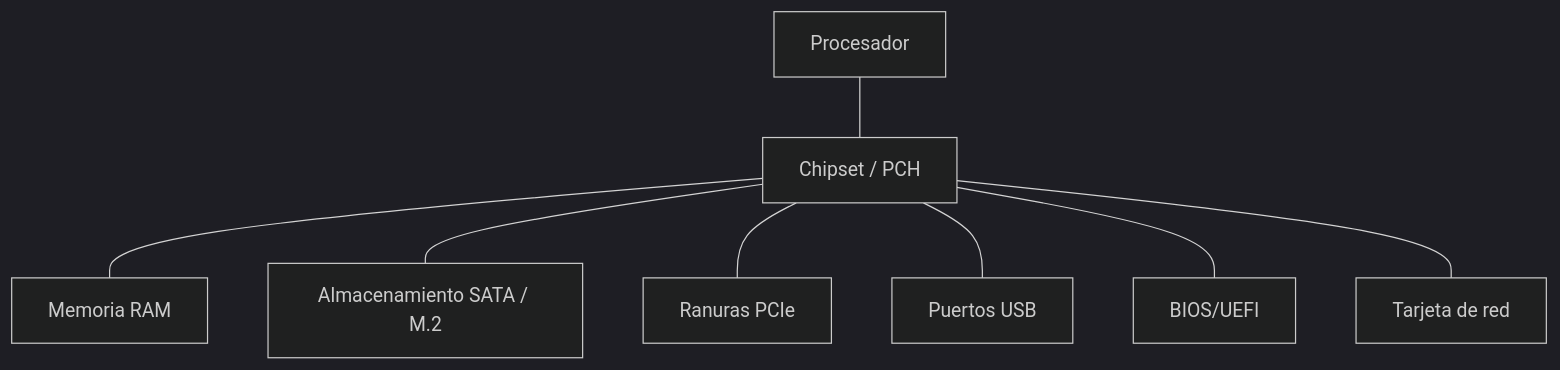
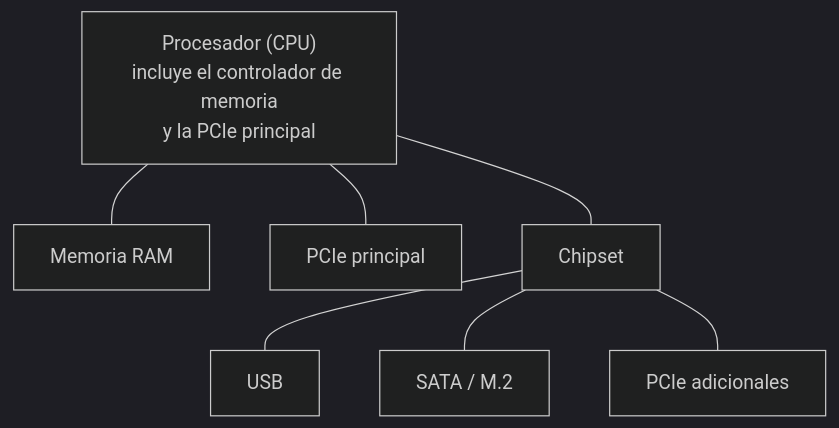
The third of 4 diagrams in docs/ut1.md (angelabserrano/sistemas-informaticos), drawn with Mermaid (dark theme) before and after one commit. The commit also changed other lines of this file and 4 other files, not shown here.

````diff
--- a/docs/ut1.md
+++ b/docs/ut1.md
@@ -401,10 +419,9 @@
-```mermaid
-graph TD
-    CPU[Procesador] --- Chipset[Chipset / PCH]
-    Chipset --- RAM[Memoria RAM]
-    Chipset --- Storage[Almacenamiento SATA / M.2]
-    Chipset --- PCIe[Ranuras PCIe]
-    Chipset --- USB[Puertos USB]
-    Chipset --- BIOS[BIOS/UEFI]
-    Chipset --- Red[Tarjeta de red]
-```
+    ```mermaid
+    graph TD
+        CPU["Procesador (CPU)<br/>incluye el controlador de memoria<br/>y la PCIe principal"] --- RAM[Memoria RAM]
+        CPU --- PCIe[PCIe principal]
+        CPU --- Chipset[Chipset]
+        Chipset --- USB[USB]
+        Chipset --- SATA[SATA / M.2]
+        Chipset --- PCIe2[PCIe adicionales]
+    ```
````
